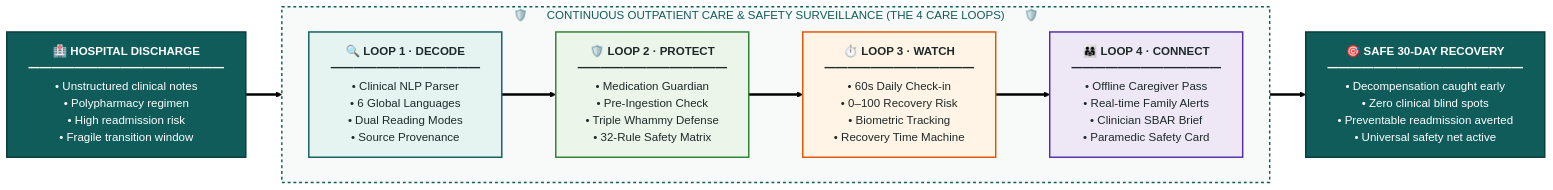
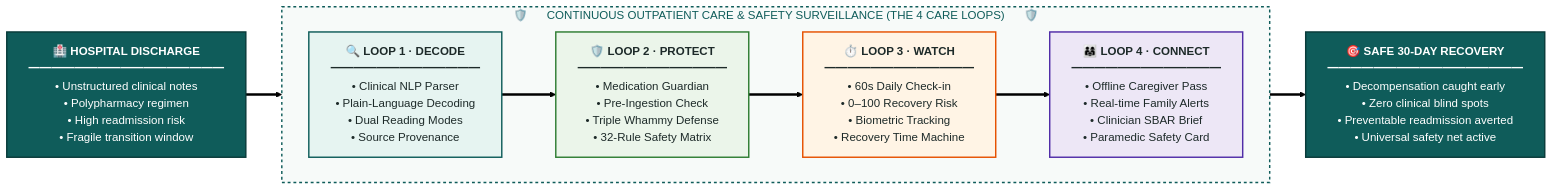
One commit to ShaunJee/CareLoop changed the diagram in README.md. Above: the diagram before and after it, drawn with Mermaid (forest theme). The commit also changed other lines of this file and 6 other files, not shown here.

````diff
--- a/README.md
+++ b/README.md
@@ -44,28 +44,28 @@
 ```mermaid
 flowchart LR
     Discharge["🏥 <b>HOSPITAL DISCHARGE</b><br/>━━━━━━━━━━━━━━━━━<br/>• Unstructured clinical notes<br/>• Polypharmacy regimen<br/>• High readmission risk<br/>• Fragile transition window"]
 
     subgraph CareLoops ["🛡️ &nbsp;&nbsp;&nbsp;&nbsp; CONTINUOUS OUTPATIENT CARE & SAFETY SURVEILLANCE (THE 4 CARE LOOPS) &nbsp;&nbsp;&nbsp;&nbsp; 🛡️"]
         direction LR
-        L1["🔍 <b>LOOP 1 · DECODE</b><br/>━━━━━━━━━━━━━<br/>• Clinical NLP Parser<br/>• 6 Global Languages<br/>• Dual Reading Modes<br/>• Source Provenance"]
+        L1["🔍 <b>LOOP 1 · DECODE</b><br/>━━━━━━━━━━━━━<br/>• Clinical NLP Parser<br/>• Plain-Language Decoding<br/>• Dual Reading Modes<br/>• Source Provenance"]
         ==>
         L2["🛡️ <b>LOOP 2 · PROTECT</b><br/>━━━━━━━━━━━━━<br/>• Medication Guardian<br/>• Pre-Ingestion Check<br/>• Triple Whammy Defense<br/>• 32-Rule Safety Matrix"]
         ==>
         L3["⏱️ <b>LOOP 3 · WATCH</b><br/>━━━━━━━━━━━━━<br/>• 60s Daily Check-in<br/>• 0–100 Recovery Risk<br/>• Biometric Tracking<br/>• Recovery Time Machine"]
         ==>
         L4["👨‍👩‍👧 <b>LOOP 4 · CONNECT</b><br/>━━━━━━━━━━━━━<br/>• Offline Caregiver Pass<br/>• Real-time Family Alerts<br/>• Clinician SBAR Brief<br/>• Paramedic Safety Card"]
     end
 
     Outcome["🎯 <b>SAFE 30-DAY RECOVERY</b><br/>━━━━━━━━━━━━━━━━━<br/>• Decompensation caught early<br/>• Zero clinical blind spots<br/>• Preventable readmission averted<br/>• Universal safety net active"]
 
     Discharge ==> CareLoops
     CareLoops ==> Outcome
 
     style Discharge fill:#0F5C5A,stroke:#093B3A,stroke-width:2px,color:#FFFFFF
     style Outcome fill:#0F5C5A,stroke:#093B3A,stroke-width:2px,color:#FFFFFF
     style CareLoops fill:#F7FAF9,stroke:#0F5C5A,stroke-width:2px,stroke-dasharray: 4 4,color:#0F5C5A
     style L1 fill:#E6F4F1,stroke:#0F5C5A,stroke-width:2px,color:#1D2A29
     style L2 fill:#EBF5EA,stroke:#2E7D32,stroke-width:2px,color:#1D2A29
     style L3 fill:#FFF4E5,stroke:#E65100,stroke-width:2px,color:#1D2A29
     style L4 fill:#EDE7F6,stroke:#512DA8,stroke-width:2px,color:#1D2A29
 ```
````
